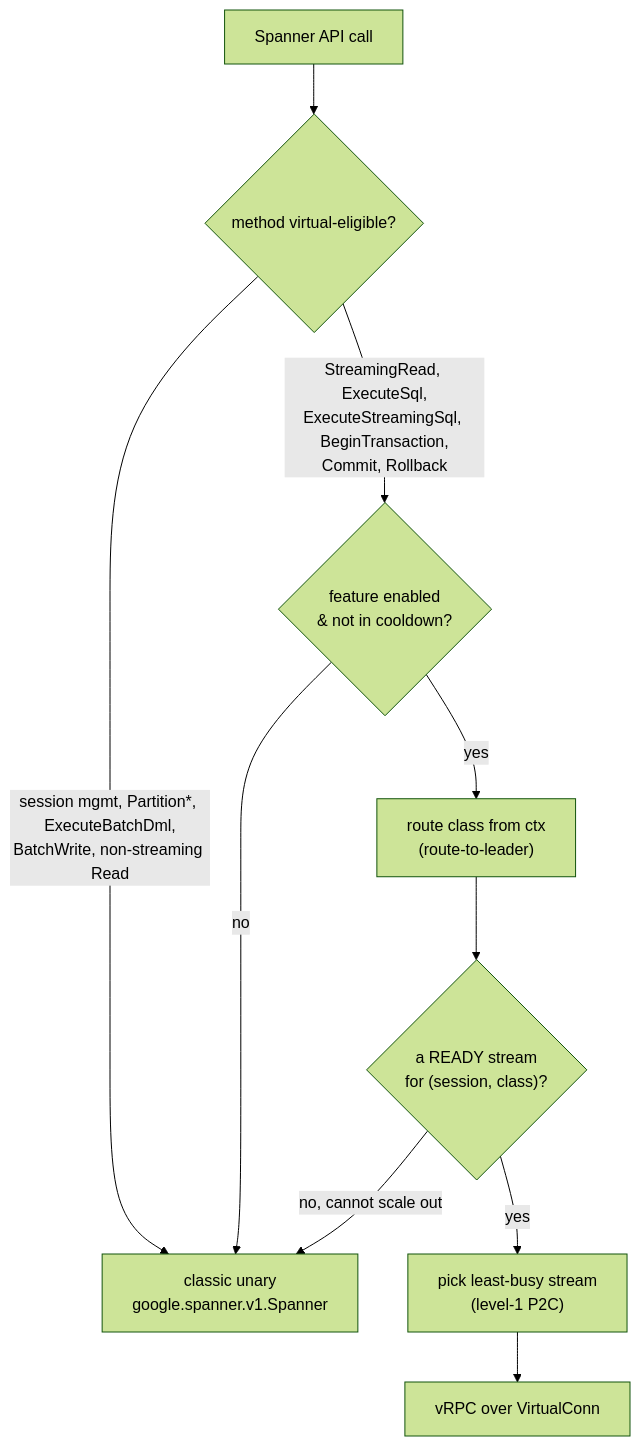
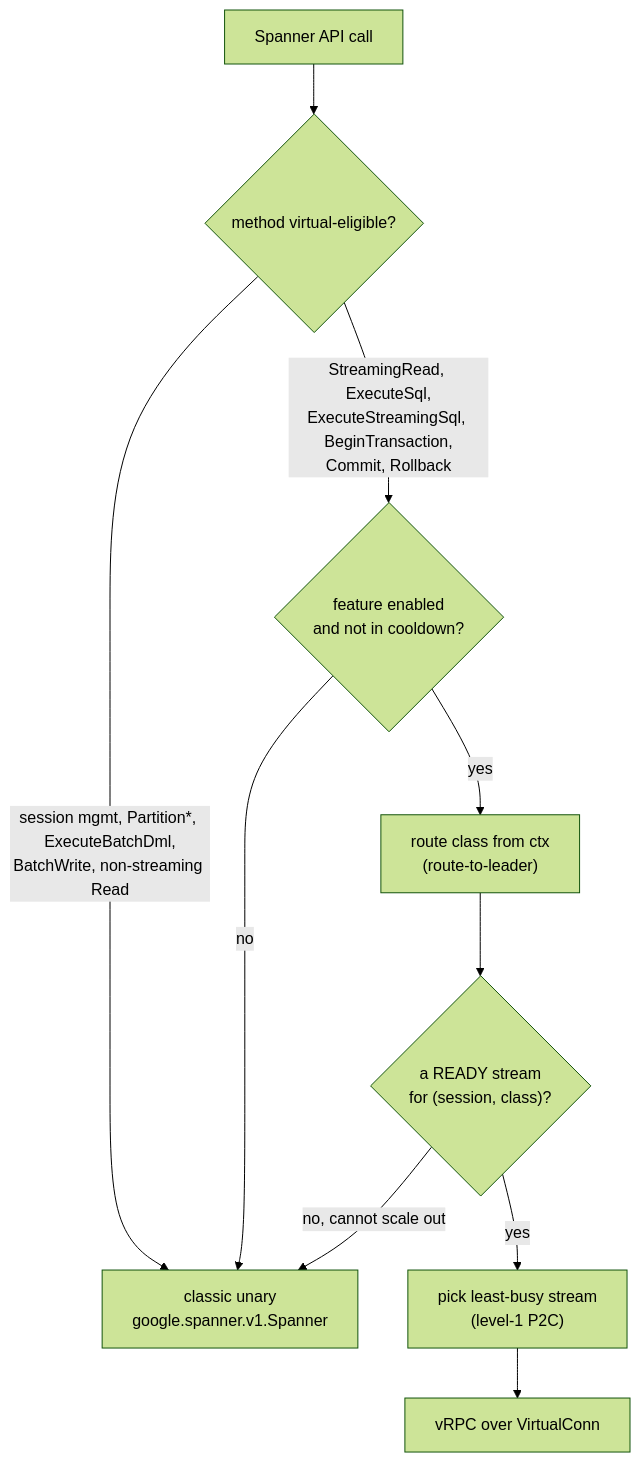
Before and after one commit to rahul2393/google-cloud-go: the second of 4 diagrams in spanner/internal/vrpcpoc/DESIGN.md, drawn with Mermaid (forest theme). The commit also changed other lines of this file, not shown here.

Commit message:
spanner: sanitize mermaid diagrams for strict renderers (arrows, unicode, labels)

````diff
--- a/spanner/internal/vrpcpoc/DESIGN.md
+++ b/spanner/internal/vrpcpoc/DESIGN.md
@@ -214,12 +214,12 @@
 ```mermaid
 flowchart TD
     A["Spanner API call"] --> B{"method virtual-eligible?"}
     B -- "session mgmt, Partition*, ExecuteBatchDml,<br/>BatchWrite, non-streaming Read" --> C["classic unary<br/>google.spanner.v1.Spanner"]
-    B -- "StreamingRead, ExecuteSql,<br/>ExecuteStreamingSql, BeginTransaction,<br/>Commit, Rollback" --> D{"feature enabled<br/>& not in cooldown?"}
+    B -- "StreamingRead, ExecuteSql,<br/>ExecuteStreamingSql, BeginTransaction,<br/>Commit, Rollback" --> D{"feature enabled<br/>and not in cooldown?"}
     D -- no --> C
     D -- yes --> E["route class from ctx<br/>(route-to-leader)"]
     E --> F{"a READY stream<br/>for (session, class)?"}
     F -- no, cannot scale out --> C
     F -- yes --> G["pick least-busy stream<br/>(level-1 P2C)"]
     G --> H["vRPC over VirtualConn"]
 ```
````
